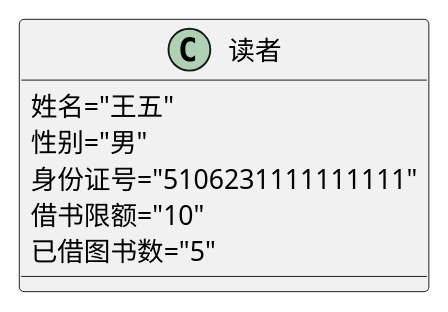
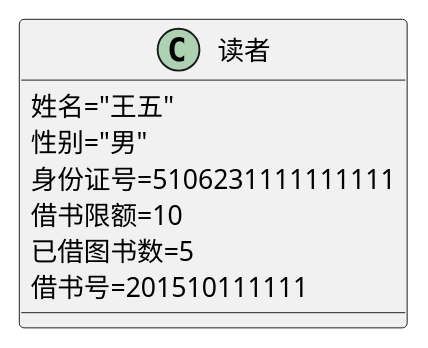
Before and after one commit to yuhang456/is_analysis: the diagram in test3/Object4.puml, drawn with PlantUML. The commit also changed 18 other files, not shown here.

```diff
--- a/test3/Object4.puml
+++ b/test3/Object4.puml
@@ -1,9 +1,10 @@
 @startuml
 Class 读者{
 姓名="王五"
 性别="男"
-身份证号="5106231111111111"
-借书限额="10"
-已借图书数="5"
+身份证号=5106231111111111
+借书限额=10
+已借图书数=5
+借书号=201510111111
 }
 @enduml
```
